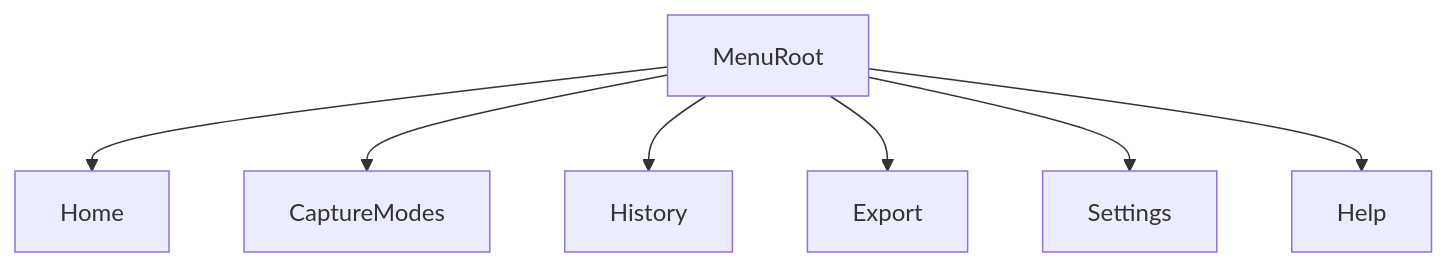
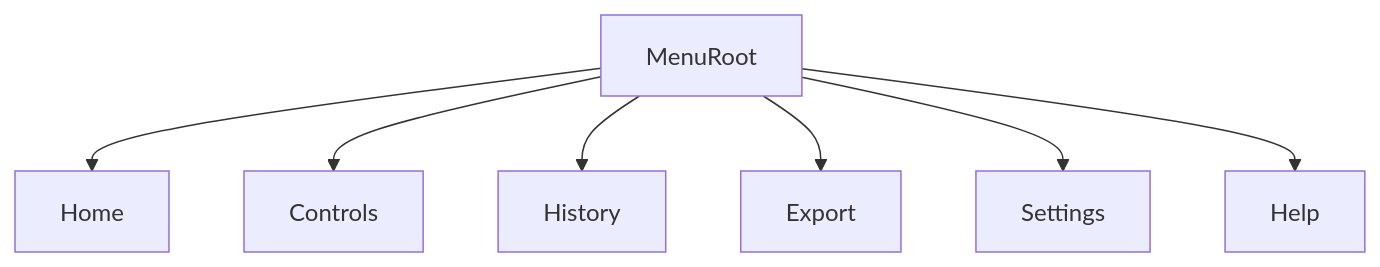
The second of 4 diagrams in docs/MOCKUPS.md (shahzebqazi/vst-ui), drawn with Mermaid before and after one commit. The commit also changed other lines of this file and 2 other files, not shown here.

First line of the commit message:
mockups: Controls — accordion params + desktop split tiles

````diff
--- a/docs/MOCKUPS.md
+++ b/docs/MOCKUPS.md
@@ -16,16 +16,16 @@
 ```mermaid
 flowchart TB
   menuRoot[MenuRoot]
   homeMenu[Home]
-  captureModesMenu[CaptureModes]
+  controlsMenu[Controls]
   historyMenu[History]
   exportMenu[Export]
   settingsMenu[Settings]
   helpMenu[Help]
   menuRoot --> homeMenu
-  menuRoot --> captureModesMenu
+  menuRoot --> controlsMenu
   menuRoot --> historyMenu
   menuRoot --> exportMenu
   menuRoot --> settingsMenu
   menuRoot --> helpMenu
 ```
````
